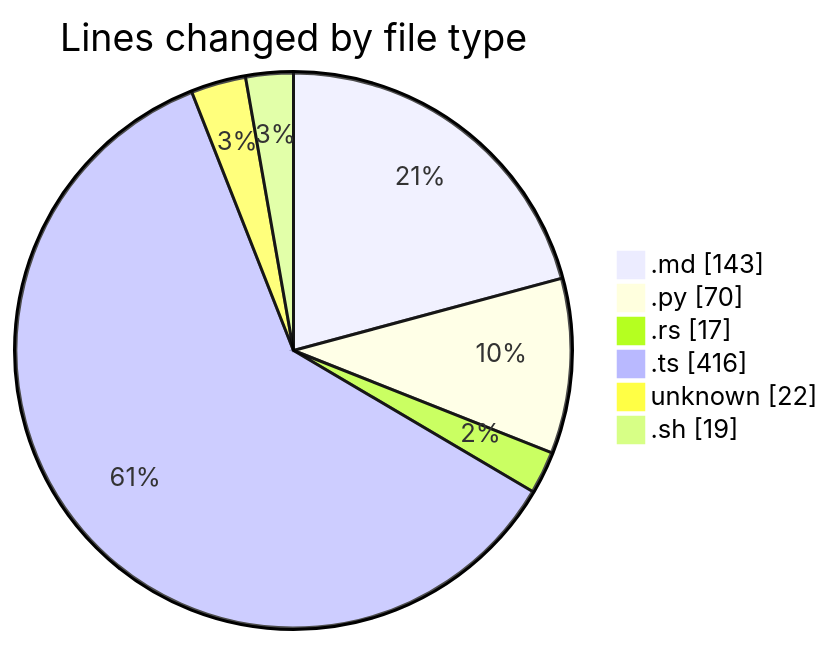
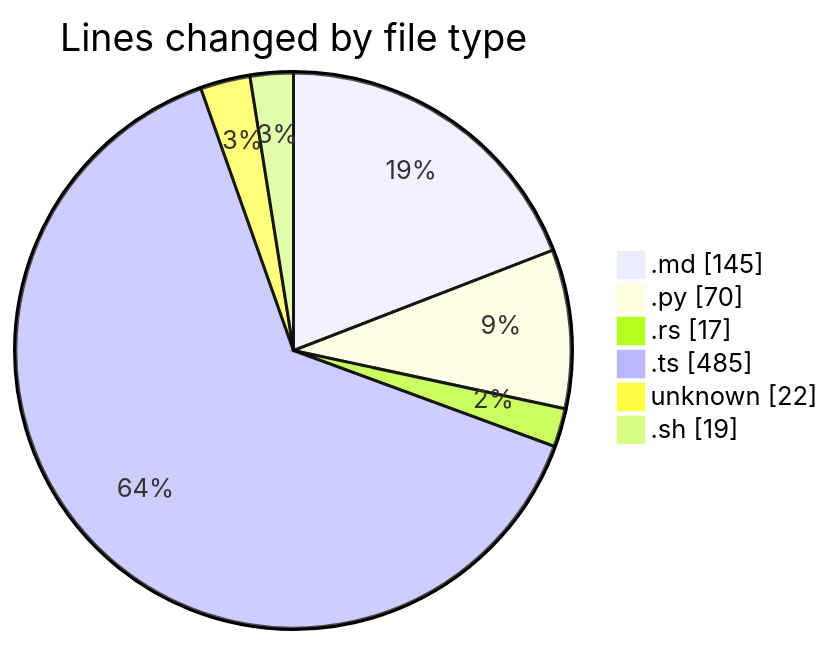
One commit to ernivani/code-tracking changed the first of 2 diagrams in repositories/2024-12-28/leetcode-solutions/README.md. Above: the diagram before and after it, drawn with Mermaid. The commit also changed other lines of this file and 1 other file, not shown here.

````diff
--- a/repositories/2024-12-28/leetcode-solutions/README.md
+++ b/repositories/2024-12-28/leetcode-solutions/README.md
@@ -38,10 +40,10 @@
 ```mermaid
 pie showData
 title Lines changed by file type
-".md" : 143
+".md" : 145
 ".py" : 70
 ".rs" : 17
-".ts" : 416
+".ts" : 485
 "unknown" : 22
 ".sh" : 19
 ```
````
